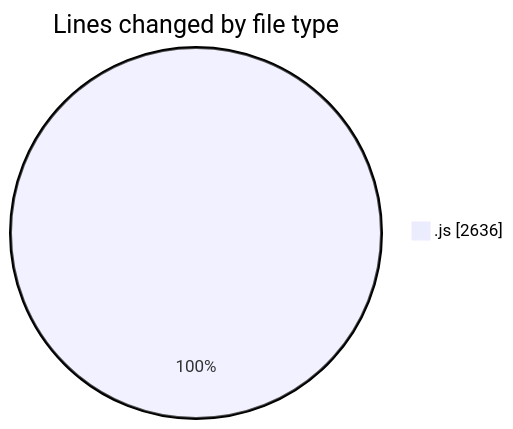
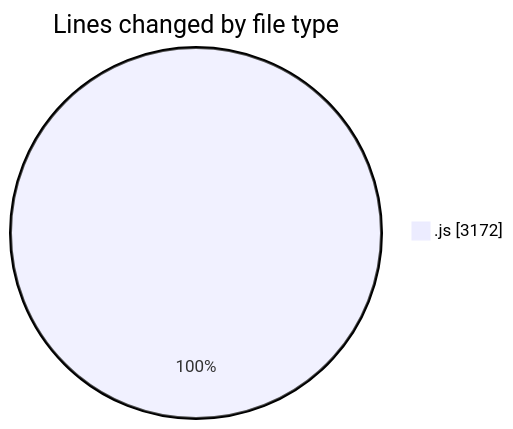
The first of 2 diagrams in 2025-07-29/javascript/README.md (Ritupan-Deka/code-tracking), drawn with Mermaid before and after one commit. The commit also changed other lines of this file and 1 other file, not shown here.

````diff
--- a/2025-07-29/javascript/README.md
+++ b/2025-07-29/javascript/README.md
@@ -21,5 +21,5 @@
 ```mermaid
 pie showData
 title Lines changed by file type
-".js" : 2636
+".js" : 3172
 ```
````
